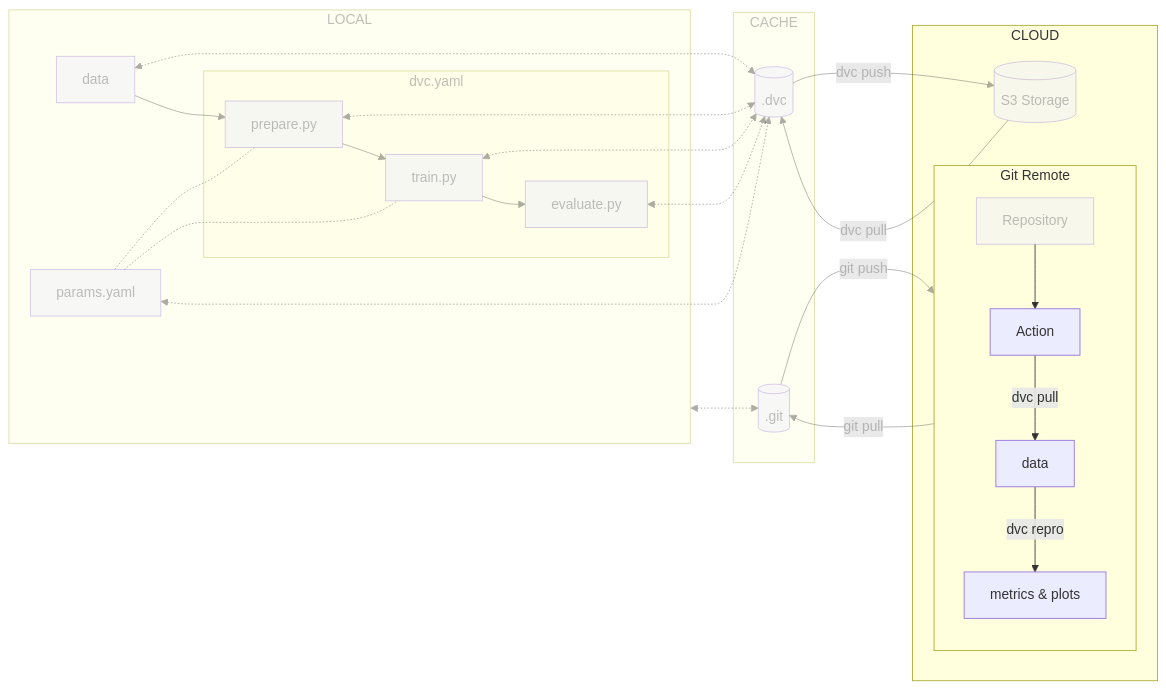
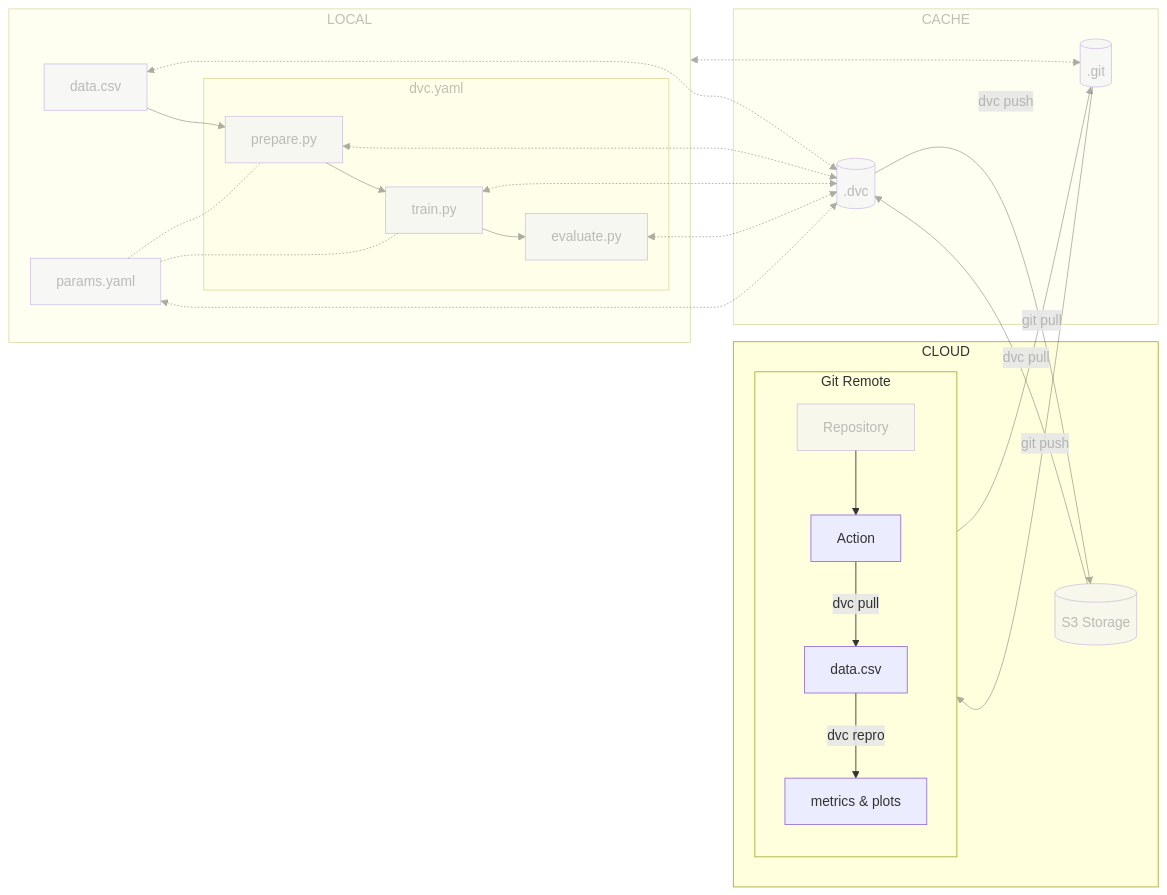
Before and after one commit to swiss-ai-center/a-guide-to-mlops: the diagram in docs/part-2-move-to-the-cloud/chapter-8-reproduce-the-ml-experiment-in-a-cicd-pipeline/index.md, drawn with Mermaid. The commit also changed 9 other files, not shown here.

Commit message:
Rename mermaid vars

````diff
--- a/docs/part-2-move-to-the-cloud/chapter-8-reproduce-the-ml-experiment-in-a-cicd-pipeline/index.md
+++ b/docs/part-2-move-to-the-cloud/chapter-8-reproduce-the-ml-experiment-in-a-cicd-pipeline/index.md
@@ -24,61 +24,61 @@
 ```mermaid
 flowchart LR
-	789994[(".dvc")] -->|"dvc push"| 574108[("S3 Storage")]
-	574108 -->|"dvc pull"| 789994
-	429113[(".git")] -->|"git push"| 723944["Git Remote"]
-	723944 -->|"git pull"| 429113
-    356399 <-....-> 429113
-	980408["data"] <-.-> 789994
-	subgraph 438901["CACHE"]
-		789994
-		429113
+	dot_dvc[(.dvc)] -->|dvc push| s3_storage[(S3 Storage)]
+	s3_storage -->|dvc pull| dot_dvc
+	dot_git[(.git)] -->|git push| gitGraph[Git Remote]
+	gitGraph -->|git pull| dot_git
+    localGraph <-....-> dot_git
+	data[data.csv] <-.-> dot_dvc
+    subgraph cloudGraph[CLOUD]
+        s3_storage
+        subgraph gitGraph[Git Remote]
+            repository[Repository] --> action[Action]
+            action -->|dvc pull| action_data[data.csv]
+            action_data -->|dvc repro| 732730[metrics &amp; plots]
+        end
 	end
-	subgraph 356399["LOCAL"]
-		672354["prepare.py"] <-.-> 789994
-		347464["train.py"] <-.-> 789994
-		964259["evaluate.py"] <-.-> 789994
-		980408 --> 672354
-		subgraph 695374["dvc.yaml"]
-			672354 --> 347464
-			347464 --> 964259
+	subgraph cacheGraph[CACHE]
+		dot_dvc
+		dot_git
+	end
+	subgraph localGraph[LOCAL]
+		prepare[prepare.py] <-.-> dot_dvc
+		train[train.py] <-.-> dot_dvc
+		evaluate[evaluate.py] <-.-> dot_dvc
+		data --> prepare
+		subgraph dvcGraph[dvc.yaml]
+			prepare --> train
+			train --> evaluate
 		end
-        238472["params.yaml"] -.- 672354
-        238472 -.- 347464
-        238472 <-.-> 789994
+        params[params.yaml] -.- prepare
+        params -.- train
+        params <-.-> dot_dvc
 	end
-	subgraph 935111["CLOUD"]
-		574108
-		subgraph 723944["Git Remote"]
-			386452["Repository"] --> 241240["Action"]
-			241240 -->|"dvc pull"| 525260["data"]
-			525260 -->|"dvc repro"| 732730["metrics &amp; plots"]
-		end
-	end
-    style 238472 opacity:0.4,color:#7f7f7f80
-    style 429113 opacity:0.4,color:#7f7f7f80
-    style 789994 opacity:0.4,color:#7f7f7f80
-    style 980408 opacity:0.4,color:#7f7f7f80
-    style 438901 opacity:0.4,color:#7f7f7f80
-    style 356399 opacity:0.4,color:#7f7f7f80
-    style 672354 opacity:0.4,color:#7f7f7f80
-    style 347464 opacity:0.4,color:#7f7f7f80
-    style 964259 opacity:0.4,color:#7f7f7f80
-    style 695374 opacity:0.4,color:#7f7f7f80
-    style 574108 opacity:0.4,color:#7f7f7f80
-    style 386452 opacity:0.4,color:#7f7f7f80
+    style cacheGraph opacity:0.4,color:#7f7f7f80
+    style localGraph opacity:0.4,color:#7f7f7f80
+    style dot_git opacity:0.4,color:#7f7f7f80
+    style dot_dvc opacity:0.4,color:#7f7f7f80
+    style data opacity:0.4,color:#7f7f7f80
+    style prepare opacity:0.4,color:#7f7f7f80
+    style params opacity:0.4,color:#7f7f7f80
+    style train opacity:0.4,color:#7f7f7f80
+    style evaluate opacity:0.4,color:#7f7f7f80
+    style dvcGraph opacity:0.4,color:#7f7f7f80
+    style s3_storage opacity:0.4,color:#7f7f7f80
+    style repository opacity:0.4,color:#7f7f7f80
     linkStyle 0 opacity:0.4,color:#7f7f7f80
     linkStyle 1 opacity:0.4,color:#7f7f7f80
     linkStyle 2 opacity:0.4,color:#7f7f7f80
     linkStyle 3 opacity:0.4,color:#7f7f7f80
     linkStyle 4 opacity:0.4,color:#7f7f7f80
     linkStyle 5 opacity:0.4,color:#7f7f7f80
-    linkStyle 6 opacity:0.4,color:#7f7f7f80
-    linkStyle 7 opacity:0.4,color:#7f7f7f80
-    linkStyle 8 opacity:0.4,color:#7f7f7f80
     linkStyle 9 opacity:0.4,color:#7f7f7f80
     linkStyle 10 opacity:0.4,color:#7f7f7f80
     linkStyle 11 opacity:0.4,color:#7f7f7f80
     linkStyle 12 opacity:0.4,color:#7f7f7f80
     linkStyle 13 opacity:0.4,color:#7f7f7f80
     linkStyle 14 opacity:0.4,color:#7f7f7f80
+    linkStyle 15 opacity:0.4,color:#7f7f7f80
+    linkStyle 16 opacity:0.4,color:#7f7f7f80
+    linkStyle 17 opacity:0.4,color:#7f7f7f80
 ```
````
